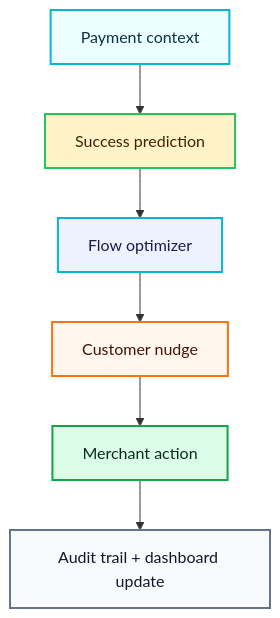
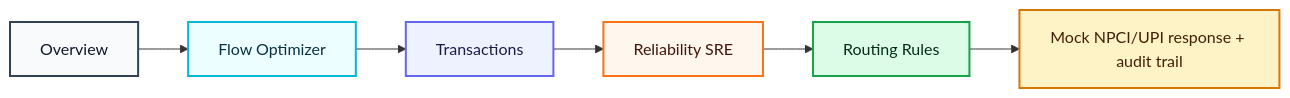
One commit to jprbom/upi-flowpilot changed the first of 3 diagrams in docs/DIAGRAMS.md. Above: the diagram before and after it, drawn with Mermaid. The commit also changed other lines of this file and 15 other files, not shown here.

Commit message:
feat: wire working demo flows and mock UPI rail

```diff
--- a/docs/DIAGRAMS.md
+++ b/docs/DIAGRAMS.md
@@ -13,15 +13,15 @@
 ~~~mermaid
-flowchart TD
-  A["Payment context"]:::start --> B["Success prediction"]:::signal
-  B --> C["Flow optimizer"]:::model
-  C --> D["Customer nudge"]:::decision
-  D --> E["Merchant action"]:::output
-  E --> F["Audit trail + dashboard update"]:::audit
+flowchart LR
+  A["Overview"]:::start --> B["Flow Optimizer"]:::signal
+  B --> C["Transactions"]:::model
+  C --> D["Reliability SRE"]:::decision
+  D --> E["Routing Rules"]:::output
+  E --> F["Mock NPCI/UPI response + audit trail"]:::audit
 
-  classDef start fill:#ecfeff,stroke:#06b6d4,stroke-width:2px,color:#083344
-  classDef signal fill:#fef3c7,stroke:#22c55e,stroke-width:2px,color:#422006
-  classDef model fill:#eef2ff,stroke:#06b6d4,stroke-width:2px,color:#1e1b4b
+  classDef start fill:#f8fafc,stroke:#334155,stroke-width:2px,color:#0f172a
+  classDef signal fill:#ecfeff,stroke:#06b6d4,stroke-width:2px,color:#083344
+  classDef model fill:#eef2ff,stroke:#6366f1,stroke-width:2px,color:#1e1b4b
   classDef decision fill:#fff7ed,stroke:#f97316,stroke-width:2px,color:#431407
   classDef output fill:#dcfce7,stroke:#16a34a,stroke-width:2px,color:#052e16
-  classDef audit fill:#f8fafc,stroke:#64748b,stroke-width:2px,color:#0f172a
+  classDef audit fill:#fef3c7,stroke:#d97706,stroke-width:2px,color:#422006
 ~~~
```
